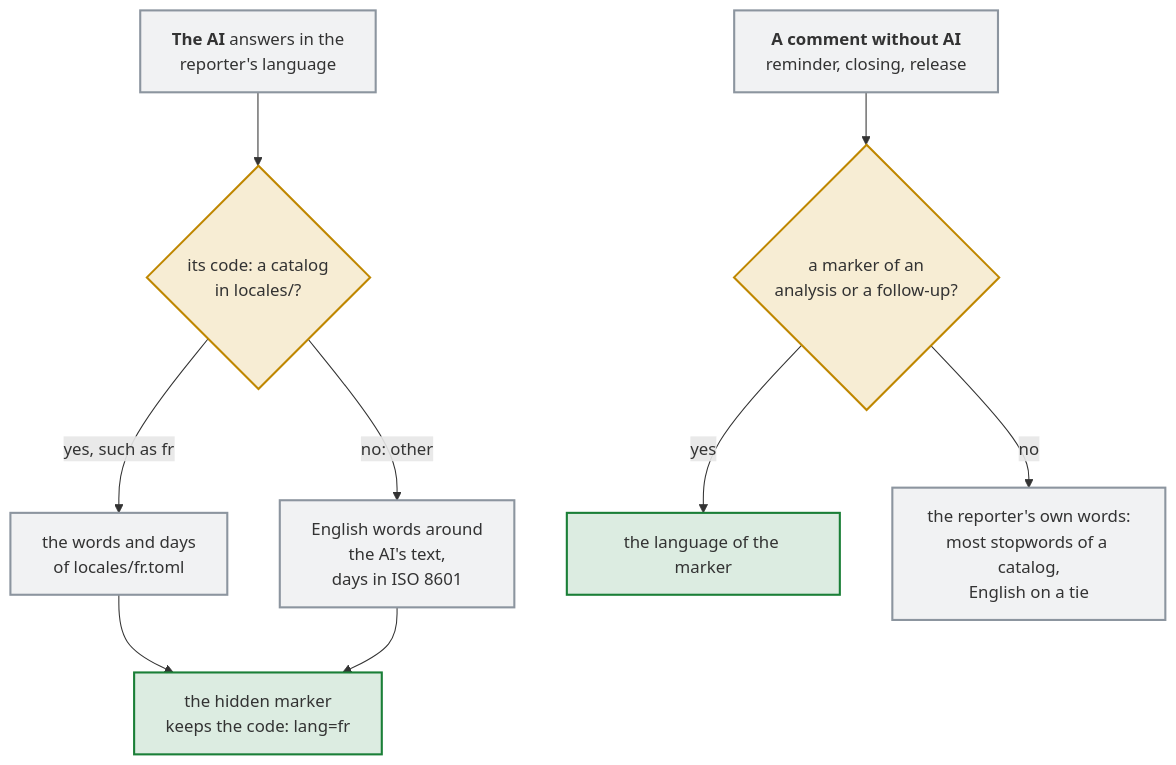
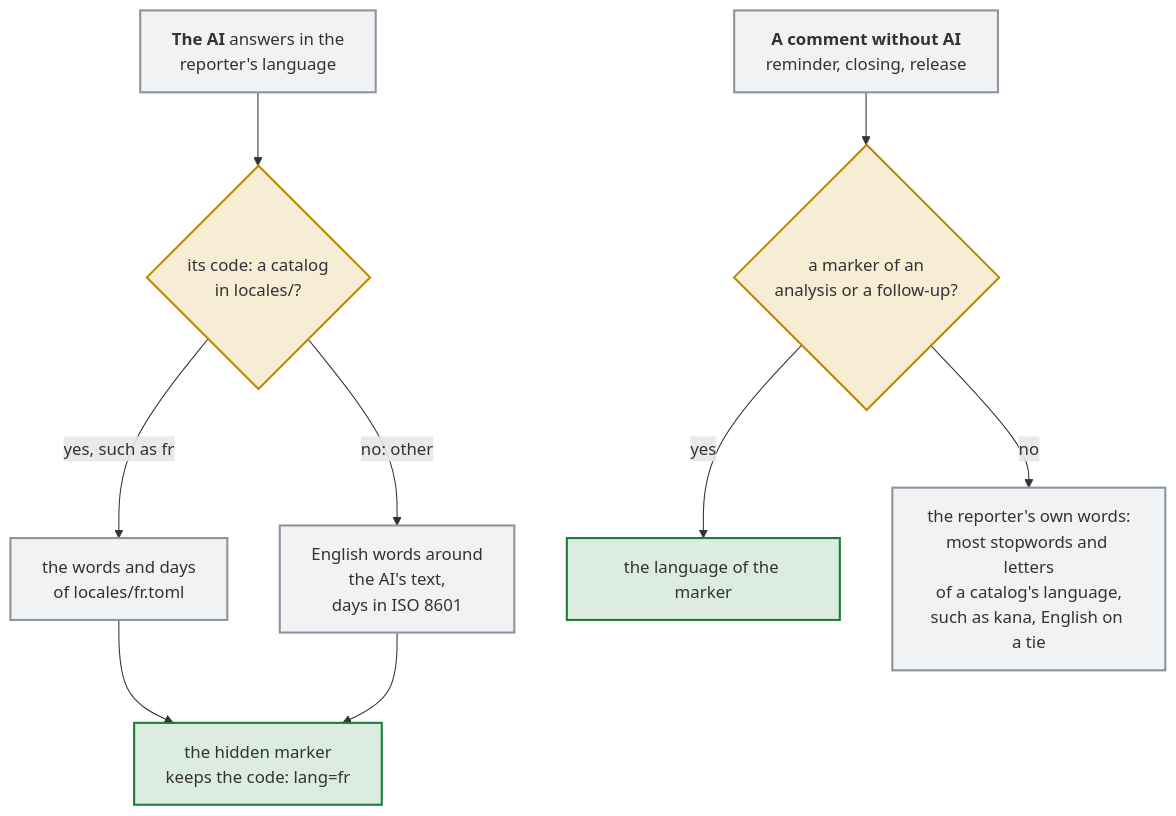
Before and after one commit to Dennis-Otto/issue-assistant: the diagram in docs/diagrams/how-the-assistant-chooses-the-language-of-a-comment.mmd, drawn with Mermaid. The commit also changed 37 other files, not shown here.

First line of the commit message:
feat: answer in Chinese, Japanese, Korean, Russian, Polish, Turkish and Ukrainian with their own words and dates (#199)

```diff
--- a/docs/diagrams/how-the-assistant-chooses-the-language-of-a-comment.mmd
+++ b/docs/diagrams/how-the-assistant-chooses-the-language-of-a-comment.mmd
@@ -1,17 +1,17 @@
 flowchart TB
   accTitle: How the assistant chooses the language of a comment
-  accDescr: The AI answers in the reporter's language and names its code. A code of a catalog in locales/, such as fr, gives the assistant's own words and days from that catalog; other, for a language without a catalog, gives English words around the AI's text and days in ISO 8601. The hidden marker of the comment keeps the code. A comment without AI, such as a reminder, a closing or the note of a release, takes the code from the marker of the last analysis or follow-up; without one, from the reporter's own words, the language whose stopwords they use most, English on a tie.
+  accDescr: The AI answers in the reporter's language and names its code. A code of a catalog in locales/, such as fr, gives the assistant's own words and days from that catalog; other, for a language without a catalog, gives English words around the AI's text and days in ISO 8601. The hidden marker of the comment keeps the code. A comment without AI, such as a reminder, a closing or the note of a release, takes the code from the marker of the last analysis or follow-up; without one, from the reporter's own words, the language whose stopwords and letters of its own, such as Hangul or kana, they use most, English on a tie.
   ai["`**The AI** answers in the<br>reporter's language`"] --> code{"its code: a catalog<br>in locales/?"}
   code -- "yes, such as fr" --> catalog["the words and days<br>of locales/fr.toml"]
   code -- "no: other" --> english["English words around<br>the AI's text,<br>days in ISO 8601"]
   catalog --> marker["the hidden marker<br>keeps the code: lang=fr"]
   english --> marker
   sweep["`**A comment without AI**<br>reminder, closing, release`"] --> found{"a marker of an<br>analysis or a follow-up?"}
   found -- "yes" --> same["the language of the marker"]
-  found -- "no" --> words["the reporter's own words:<br>most stopwords of a catalog,<br>English on a tie"]
+  found -- "no" --> words["the reporter's own words:<br>most stopwords and letters<br>of a catalog's language,<br>such as kana, English on a tie"]
   classDef question fill:#d4a72c33,stroke:#bf8700,stroke-width:2px
   classDef job fill:#8c959f1f,stroke:#8c959f,stroke-width:2px
   classDef safe fill:#1a7f3726,stroke:#1a7f37,stroke-width:2px
   class code,found question
   class ai,sweep,catalog,english,words job
   class marker,same safe
```
